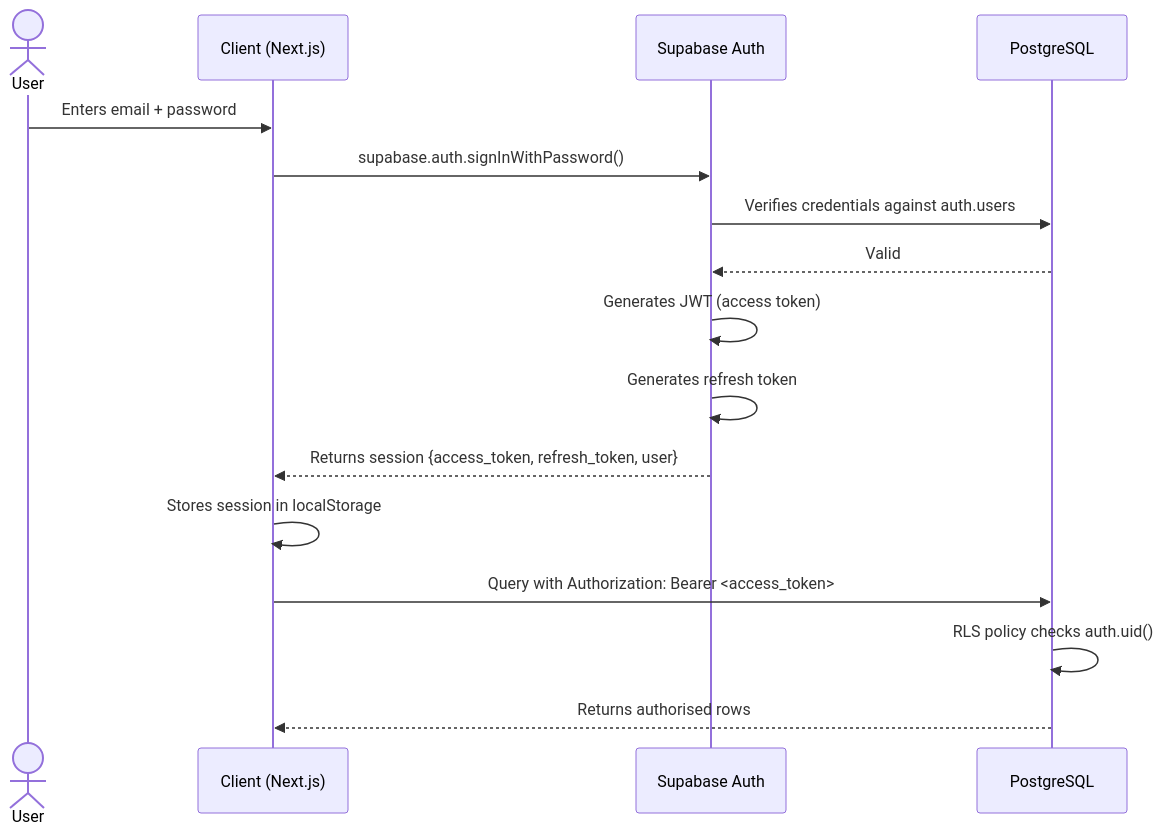
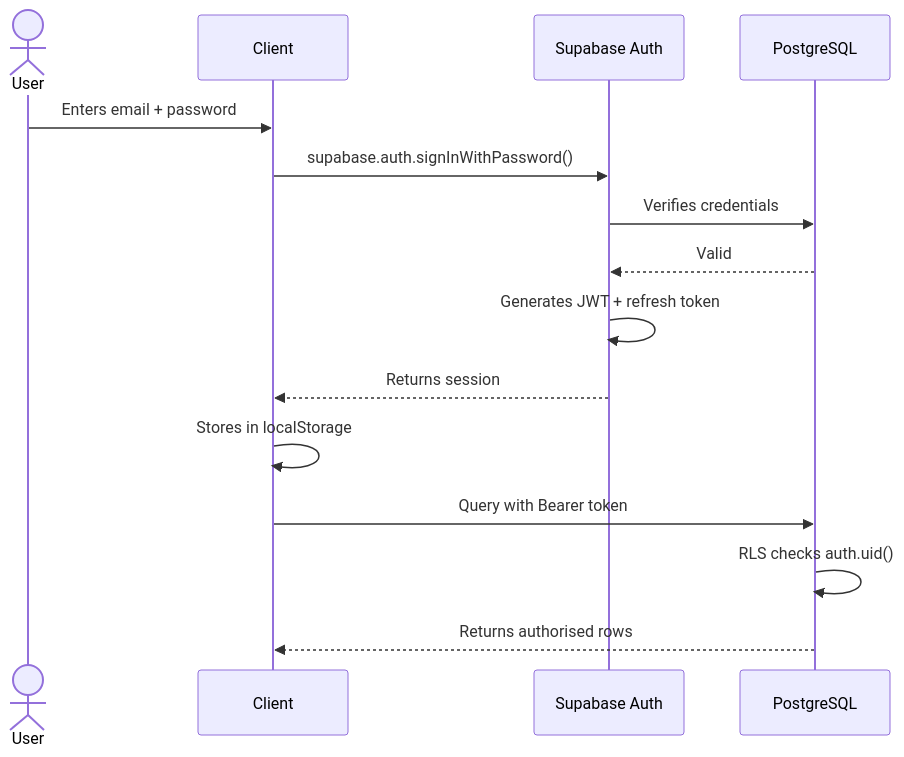
Diagram 14 of 17 in README.md (anyatechserv/puremaids), drawn with Mermaid before and after one commit. The commit also changed other lines of this file and 63 other files, not shown here.

````diff
--- a/README.md
+++ b/README.md
@@ -1912,19 +1687,17 @@
 ```mermaid
 sequenceDiagram
     actor U as User
-    participant C as Client (Next.js)
+    participant C as Client
     participant SA as Supabase Auth
     participant DB as PostgreSQL
-
     U->>C: Enters email + password
     C->>SA: supabase.auth.signInWithPassword()
-    SA->>DB: Verifies credentials against auth.users
+    SA->>DB: Verifies credentials
     DB-->>SA: Valid
-    SA->>SA: Generates JWT (access token)
-    SA->>SA: Generates refresh token
-    SA-->>C: Returns session {access_token, refresh_token, user}
-    C->>C: Stores session in localStorage
-    C->>DB: Query with Authorization: Bearer <access_token>
-    DB->>DB: RLS policy checks auth.uid()
+    SA->>SA: Generates JWT + refresh token
+    SA-->>C: Returns session
+    C->>C: Stores in localStorage
+    C->>DB: Query with Bearer token
+    DB->>DB: RLS checks auth.uid()
     DB-->>C: Returns authorised rows
 ```
````
